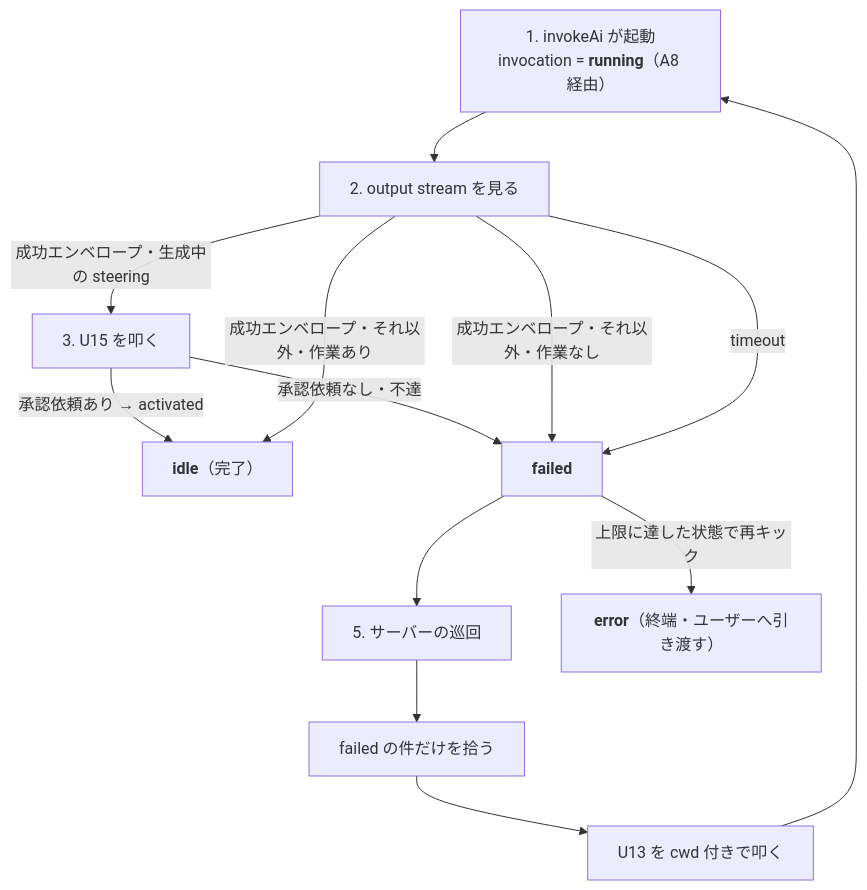
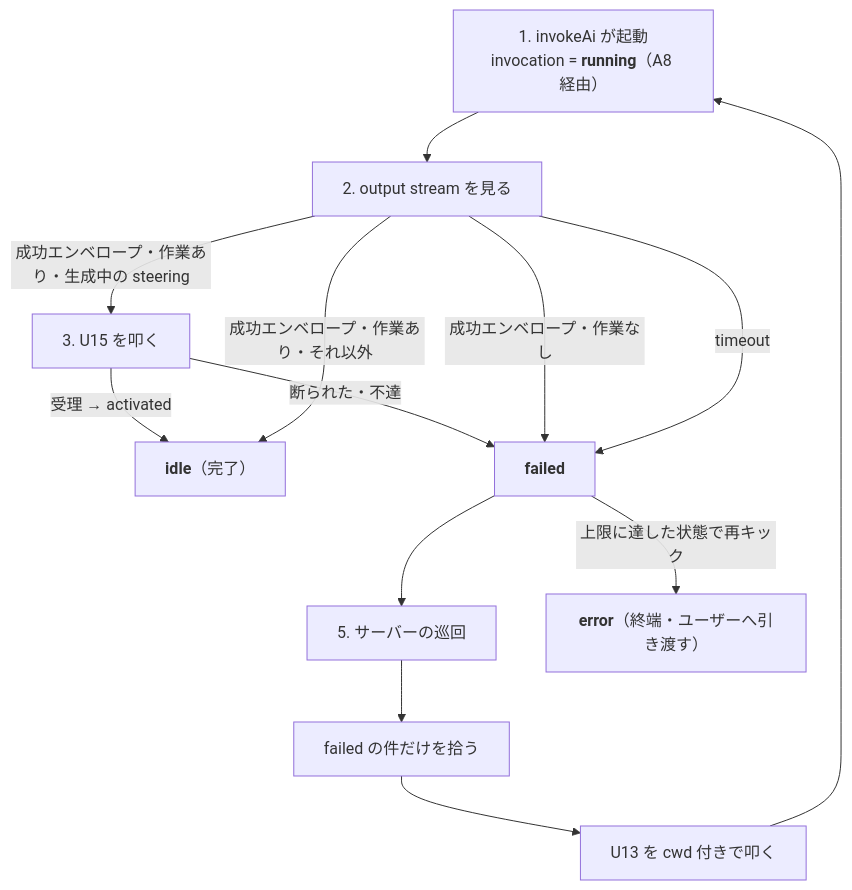
Before and after one commit to grrowapp/stroke: the third of 4 diagrams in docs/specs/plan/portal-stroke-exit.md, drawn with Mermaid. The commit also changed other lines of this file and 24 other files, not shown here.

````diff
--- a/docs/specs/plan/portal-stroke-exit.md
+++ b/docs/specs/plan/portal-stroke-exit.md
@@ -79,12 +79,12 @@
 ```mermaid
 flowchart TB
   launch["1. invokeAi が起動<br>invocation = <b>running</b>（A8 経由）"] --> watch["2. output stream を見る"]
-  watch -- "成功エンベロープ・生成中の steering" --> u15["3. U15 を叩く"]
-  u15 -- "承認依頼あり → activated" --> idle["<b>idle</b>（完了）"]
-  u15 -- "承認依頼なし・不達" --> f["<b>failed</b>"]
-  watch -- "成功エンベロープ・それ以外・作業あり" --> idle
-  watch -- "成功エンベロープ・それ以外・作業なし" --> f
+  watch -- "成功エンベロープ・作業あり・生成中の steering" --> u15["3. U15 を叩く"]
+  u15 -- "受理 → activated" --> idle["<b>idle</b>（完了）"]
+  u15 -- "断られた・不達" --> f["<b>failed</b>"]
+  watch -- "成功エンベロープ・作業あり・それ以外" --> idle
+  watch -- "成功エンベロープ・作業なし" --> f
   watch -- "timeout" --> f
   f --> crawl["5. サーバーの巡回"] --> fetch["failed の件だけを拾う"] --> relaunch["U13 を cwd 付きで叩く"] --> launch
   f -- "上限に達した状態で再キック" --> err["<b>error</b>（終端・ユーザーへ引き渡す）"]
 ```
````
